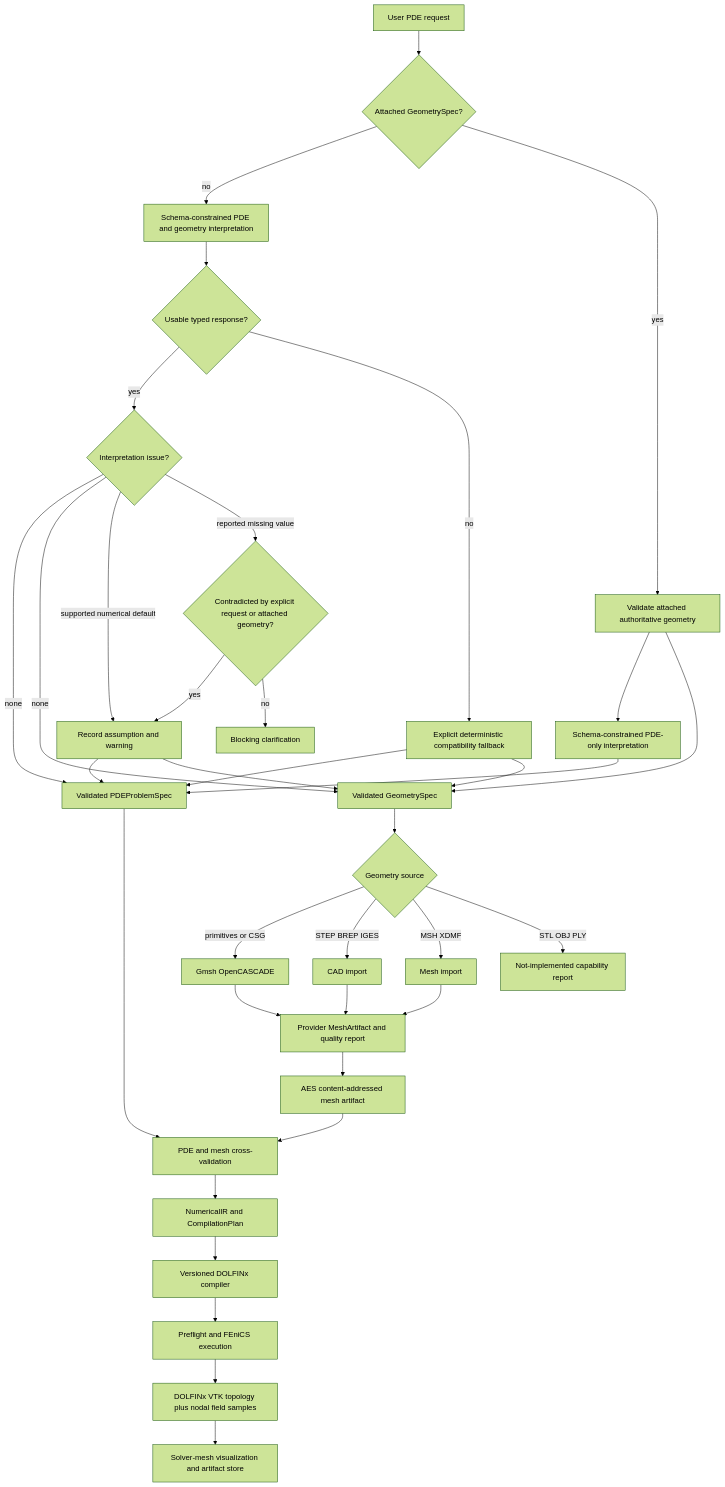
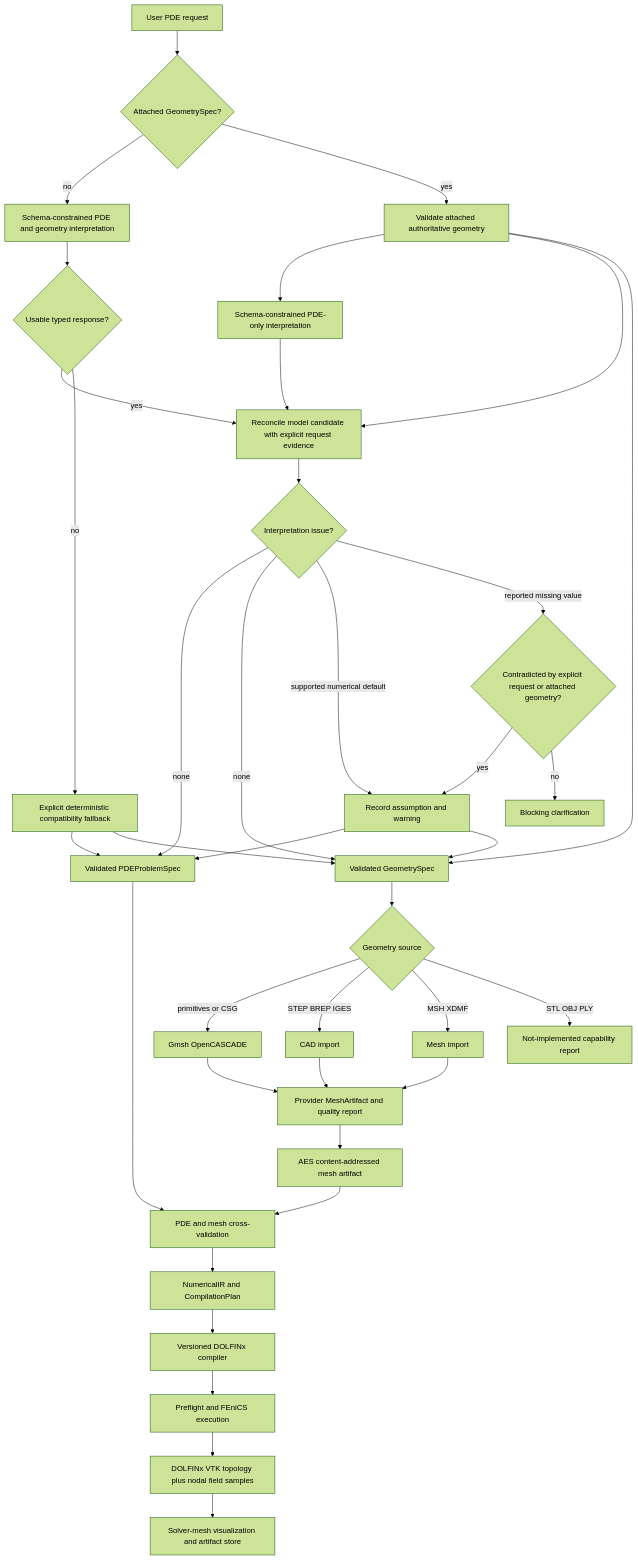
One commit to RadmirG/AES changed the tenth of 12 diagrams in docs/architecture.md. Above: the diagram before and after it, drawn with Mermaid (forest theme). The commit also changed other lines of this file and 7 other files, not shown here.

````diff
--- a/docs/architecture.md
+++ b/docs/architecture.md
@@ -315,38 +315,40 @@
 ```mermaid
 flowchart TD
     A["User PDE request"] --> AB{"Attached GeometrySpec?"}
     AB -->|no| B["Schema-constrained PDE and geometry interpretation"]
     AB -->|yes| AG["Validate attached authoritative geometry"]
     AG --> AP["Schema-constrained PDE-only interpretation"]
-    AP --> C
+    AP --> AR["Reconcile model candidate with explicit request evidence"]
+    AG --> AR
     AG --> D
     B --> BI{"Usable typed response?"}
-    BI -->|yes| BA{"Interpretation issue?"}
+    BI -->|yes| AR
+    AR --> BA{"Interpretation issue?"}
     BA -->|none| C["Validated PDEProblemSpec"]
     BA -->|none| D["Validated GeometrySpec"]
     BA -->|supported numerical default| BW["Record assumption and warning"]
     BA -->|reported missing value| BE{"Contradicted by explicit request or attached geometry?"}
     BE -->|yes| BW
     BE -->|no| BC["Blocking clarification"]
     BW --> C
     BW --> D
     BI -->|no| BF["Explicit deterministic compatibility fallback"]
     BF --> C
     BF --> D
     D --> E{"Geometry source"}
     E -->|primitives or CSG| F["Gmsh OpenCASCADE"]
     E -->|STEP BREP IGES| G["CAD import"]
     E -->|MSH XDMF| H["Mesh import"]
     E -->|STL OBJ PLY| I["Not-implemented capability report"]
     F --> J["Provider MeshArtifact and quality report"]
     G --> J
     H --> J
     J --> JA["AES content-addressed mesh artifact"]
     C --> K["PDE and mesh cross-validation"]
     JA --> K
     K --> L["NumericalIR and CompilationPlan"]
     L --> M["Versioned DOLFINx compiler"]
     M --> N["Preflight and FEniCS execution"]
     N --> NA["DOLFINx VTK topology plus nodal field samples"]
     NA --> O["Solver-mesh visualization and artifact store"]
 ```
````
